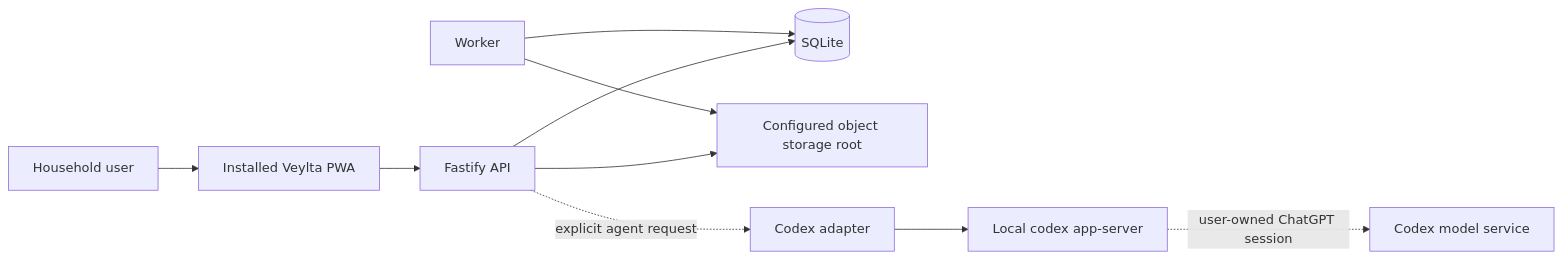
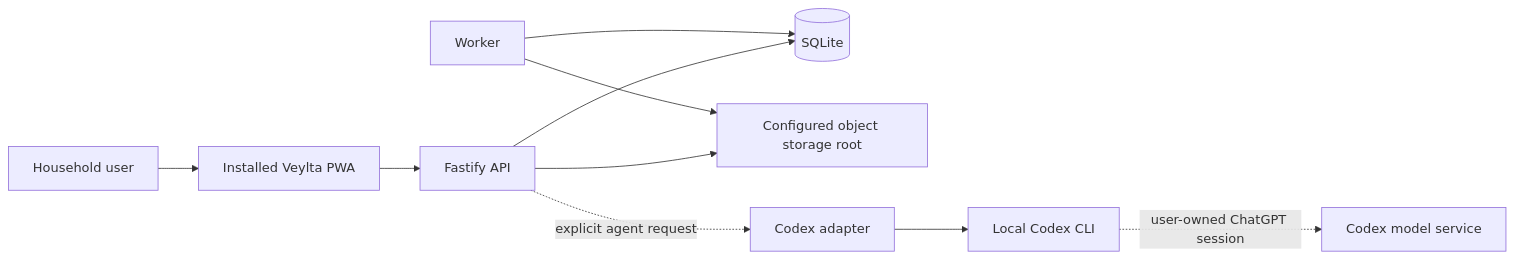
Before and after one commit to Braidner/veylta: the first of 3 diagrams in docs/architecture.md, drawn with Mermaid. The commit also changed other lines of this file and 48 other files, not shown here.

````diff
--- a/docs/architecture.md
+++ b/docs/architecture.md
@@ -9,12 +9,12 @@
 ```mermaid
 flowchart LR
   U["Household user"] --> P["Installed Veylta PWA"]
   P --> A["Fastify API"]
   A --> D[("SQLite")]
   A --> O["Configured object storage root"]
   W["Worker"] --> D
   W --> O
   A -. "explicit agent request" .-> C["Codex adapter"]
-  C --> X["Local codex app-server"]
+  C --> X["Local Codex CLI"]
   X -. "user-owned ChatGPT session" .-> M["Codex model service"]
 ```
````
